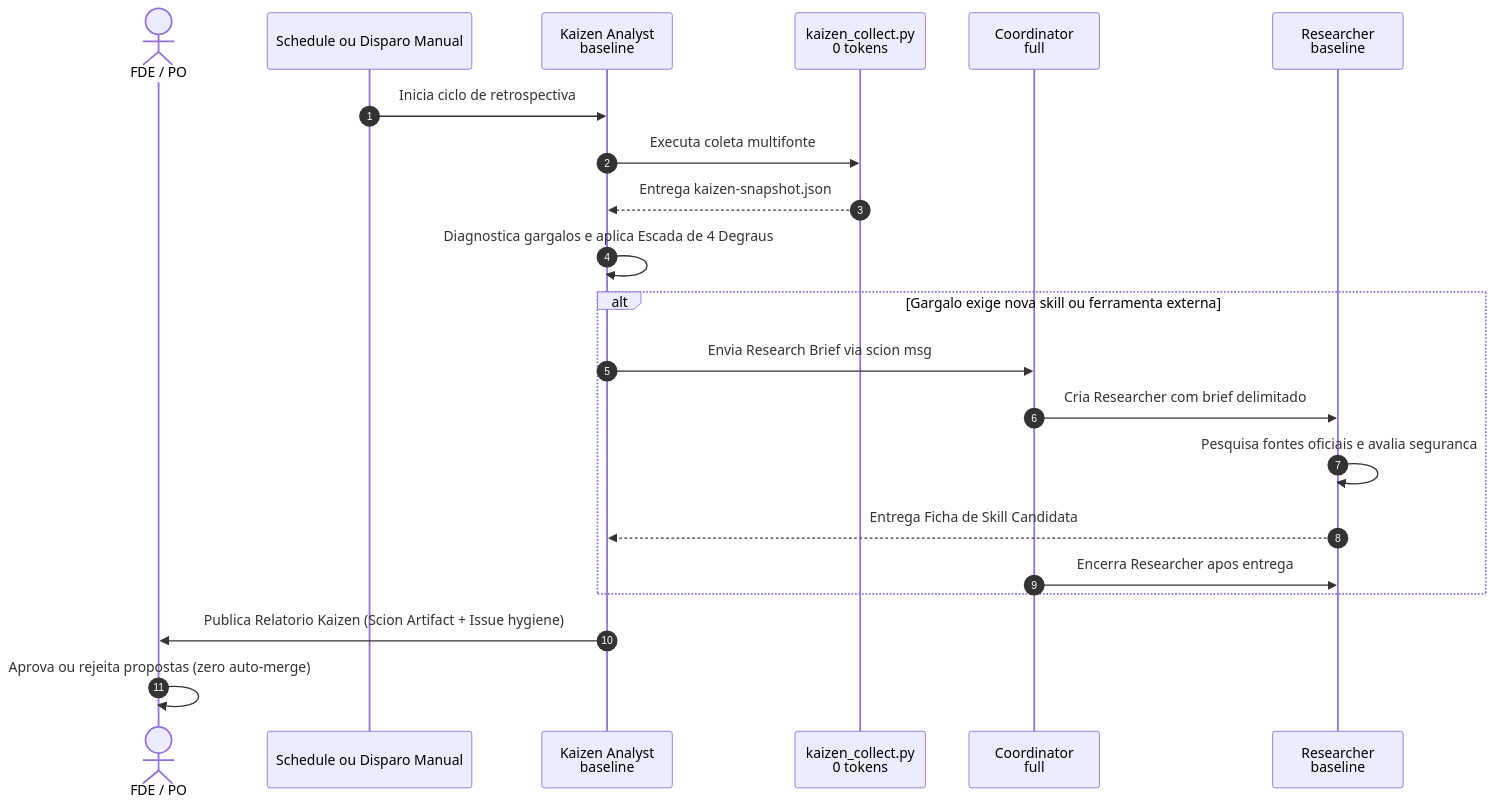
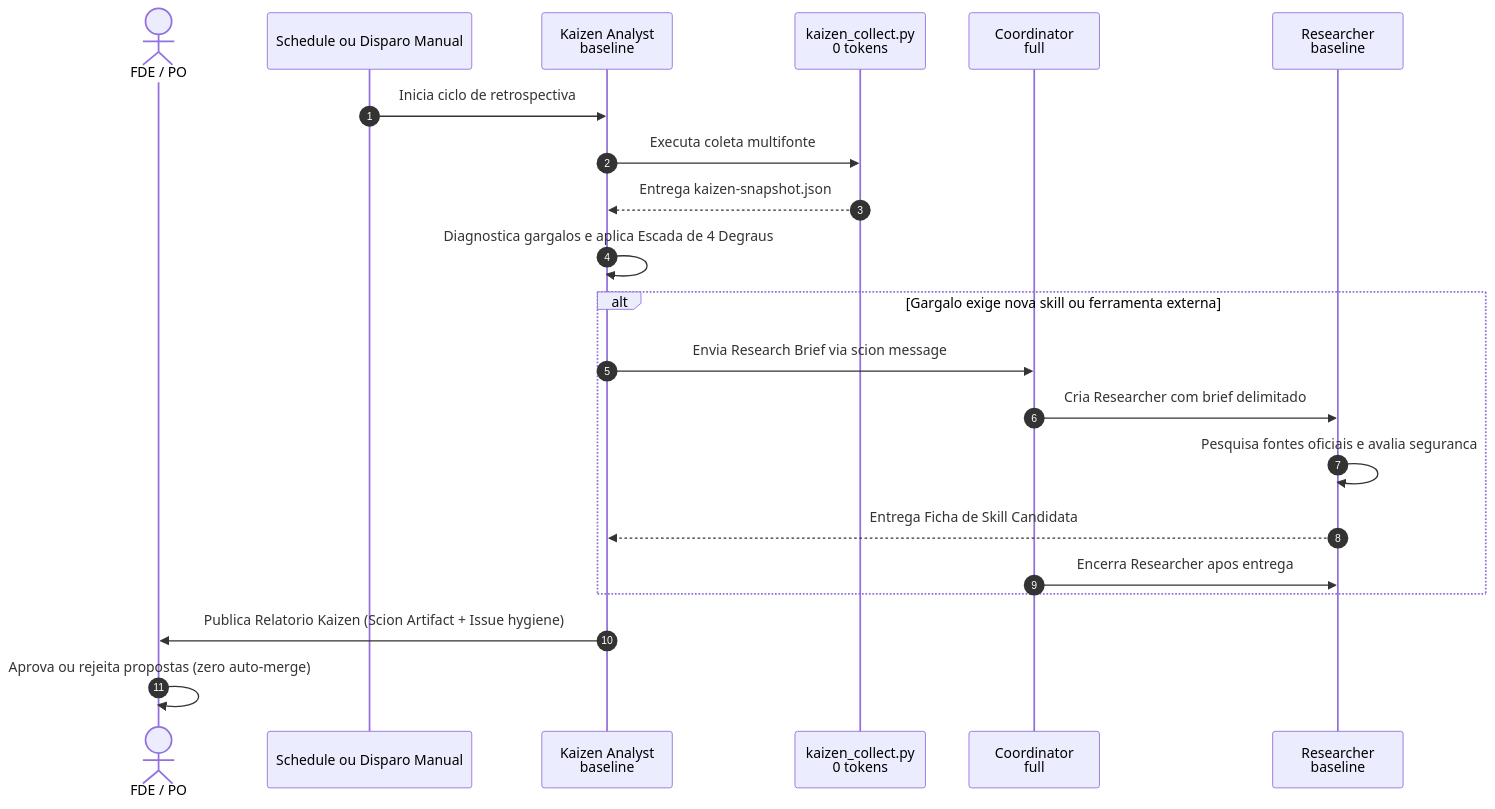
One commit to carlosmscabral/gcp-fde-factories changed the first of 2 diagrams in docs/specs/SPEC_KAIZEN_AND_BROWNFIELD_ONBOARDING.md. Above: the diagram before and after it, drawn with Mermaid. The commit also changed other lines of this file and 79 other files, not shown here.

````diff
--- a/docs/specs/SPEC_KAIZEN_AND_BROWNFIELD_ONBOARDING.md
+++ b/docs/specs/SPEC_KAIZEN_AND_BROWNFIELD_ONBOARDING.md
@@ -111,24 +111,24 @@
 ```mermaid
 sequenceDiagram
     autonumber
     actor PO as FDE / PO
     participant Sched as Schedule ou Disparo Manual
     participant KA as Kaizen Analyst<br/>baseline
     participant Col as kaizen_collect.py<br/>0 tokens
     participant Coord as Coordinator<br/>full
     participant Res as Researcher<br/>baseline
 
     Sched->>KA: Inicia ciclo de retrospectiva
     KA->>Col: Executa coleta multifonte
     Col-->>KA: Entrega kaizen-snapshot.json
     KA->>KA: Diagnostica gargalos e aplica Escada de 4 Degraus
     alt Gargalo exige nova skill ou ferramenta externa
-        KA->>Coord: Envia Research Brief via scion msg
+        KA->>Coord: Envia Research Brief via scion message
         Coord->>Res: Cria Researcher com brief delimitado
         Res->>Res: Pesquisa fontes oficiais e avalia seguranca
         Res-->>KA: Entrega Ficha de Skill Candidata
         Coord->>Res: Encerra Researcher apos entrega
     end
     KA->>PO: Publica Relatorio Kaizen (Scion Artifact + Issue hygiene)
     PO->>PO: Aprova ou rejeita propostas (zero auto-merge)
 ```
````
